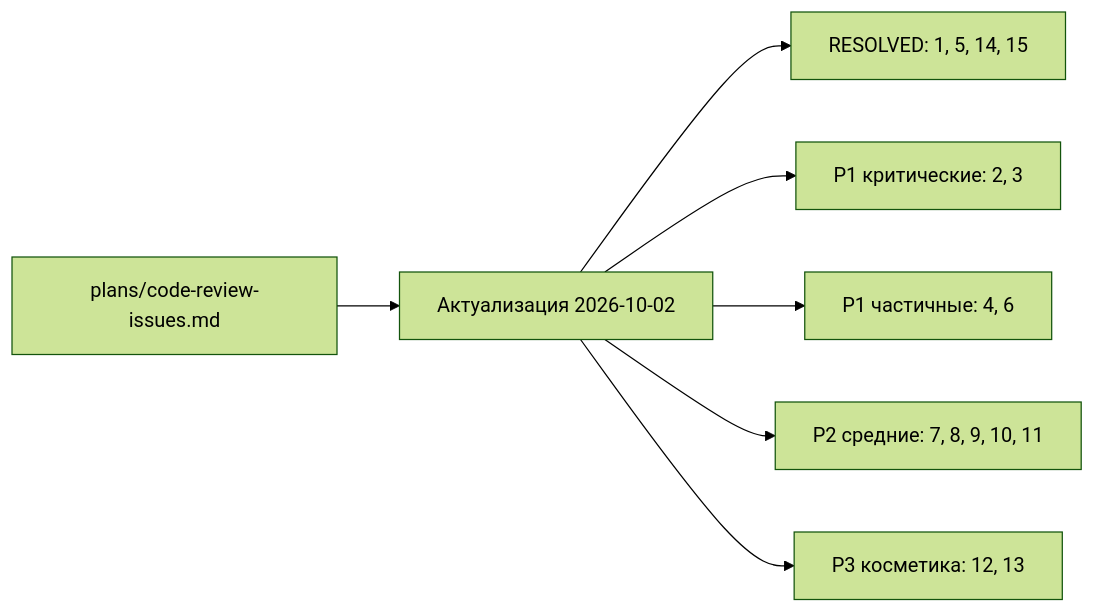
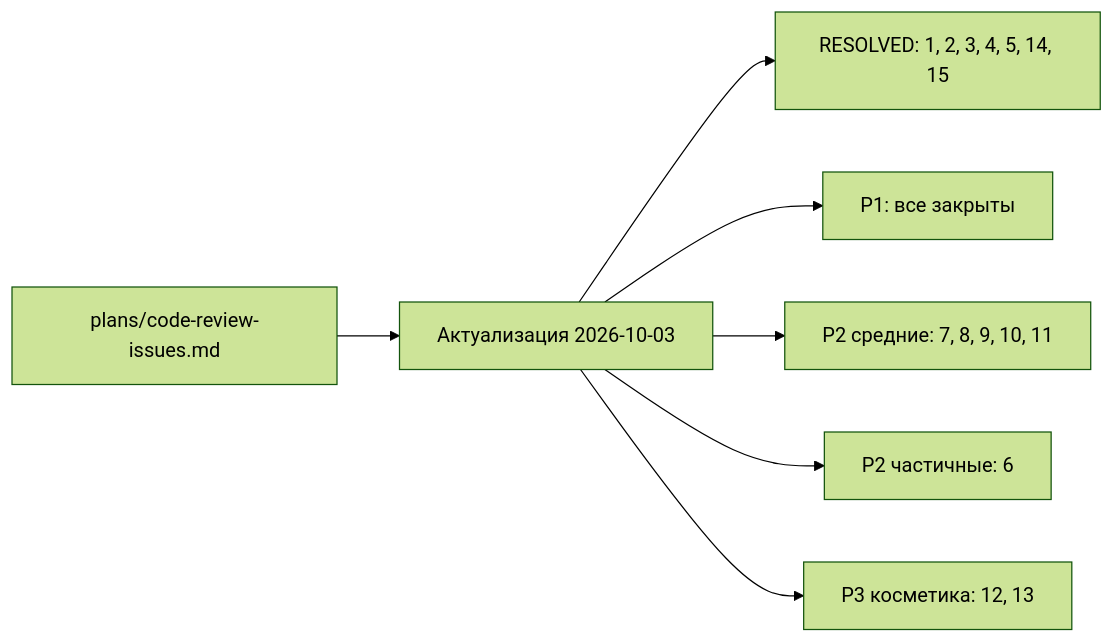
Before and after one commit to viorn/exdbnein: the diagram in plans/fixes/README.md, drawn with Mermaid (forest theme). The commit also changed other lines of this file and 10 other files, not shown here.

````diff
--- a/plans/fixes/README.md
+++ b/plans/fixes/README.md
@@ -21,9 +21,9 @@
 ```mermaid
 flowchart LR
-    S[plans/code-review-issues.md] --> A[Актуализация 2026-10-02]
-    A --> R[RESOLVED: 1, 5, 14, 15]
-    A --> O1[P1 критические: 2, 3]
-    A --> O2[P1 частичные: 4, 6]
-    A --> O3[P2 средние: 7, 8, 9, 10, 11]
+    S[plans/code-review-issues.md] --> A[Актуализация 2026-10-03]
+    A --> R[RESOLVED: 1, 2, 3, 4, 5, 14, 15]
+    A --> O1[P1: все закрыты]
+    A --> O2[P2 средние: 7, 8, 9, 10, 11]
+    A --> O3[P2 частичные: 6]
     A --> O4[P3 косметика: 12, 13]
 ```
````
